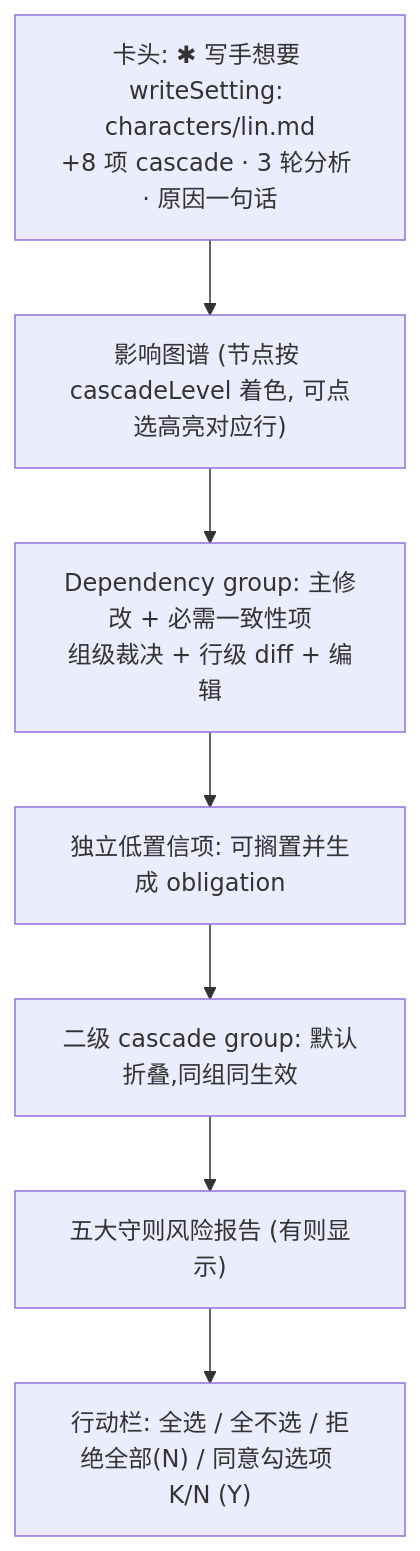
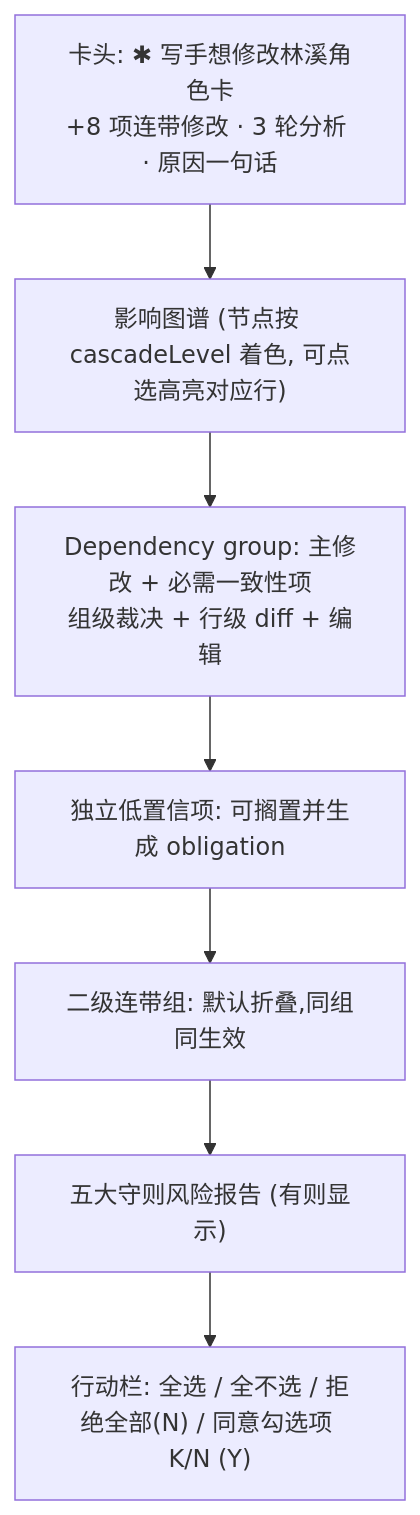
Before and after one commit to jinhuang712/open-novel: the diagram in design/02-approval-cascade.md, drawn with Mermaid. The commit also changed other lines of this file and 15 other files, not shown here.

````diff
--- a/design/02-approval-cascade.md
+++ b/design/02-approval-cascade.md
@@ -9,11 +9,11 @@
 ```mermaid
 flowchart TB
-  H["卡头: ✱ 写手想要 writeSetting: characters/lin.md<br/>+8 项 cascade · 3 轮分析 · 原因一句话"]
+  H["卡头: ✱ 写手想修改林溪角色卡<br/>+8 项连带修改 · 3 轮分析 · 原因一句话"]
   G["影响图谱 (节点按 cascadeLevel 着色, 可点选高亮对应行)"]
   M["Dependency group: 主修改 + 必需一致性项<br/>组级裁决 + 行级 diff + 编辑"]
   C1["独立低置信项: 可搁置并生成 obligation"]
-  C2["二级 cascade group: 默认折叠,同组同生效"]
+  C2["二级连带组: 默认折叠,同组同生效"]
   R["五大守则风险报告 (有则显示)"]
   A["行动栏: 全选 / 全不选 / 拒绝全部(N) / 同意勾选项 K/N (Y)"]
   H --> G --> M --> C1 --> C2 --> R --> A
 ```
````
